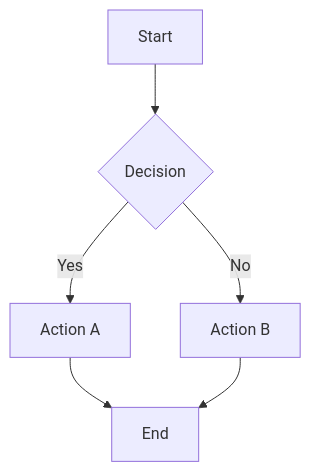
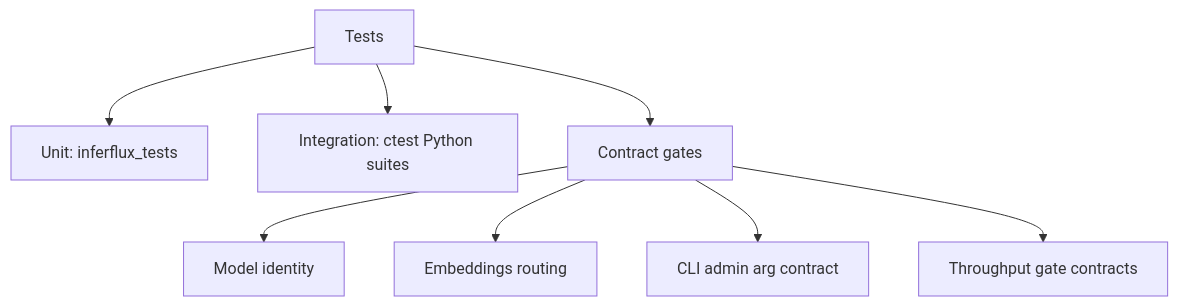
One commit to vjsingh1984/inferflux changed the second of 2 diagrams in docs/DeveloperGuide.md. Above: the diagram before and after it, drawn with Mermaid. The commit also changed other lines of this file and 161 other files, not shown here.

````diff
--- a/docs/DeveloperGuide.md
+++ b/docs/DeveloperGuide.md
@@ -818,8 +53,11 @@
 ```mermaid
-graph TB
-    A[Start] --> B{Decision}
-    B -->|Yes| C[Action A]
-    B -->|No| D[Action B]
-    C --> E[End]
-    D --> E
+graph TD
+    A[Tests] --> B[Unit: inferflux_tests]
+    A --> C[Integration: ctest Python suites]
+    A --> D[Contract gates]
+
+    D --> D1[Model identity]
+    D --> D2[Embeddings routing]
+    D --> D3[CLI admin arg contract]
+    D --> D4[Throughput gate contracts]
 ```
````
